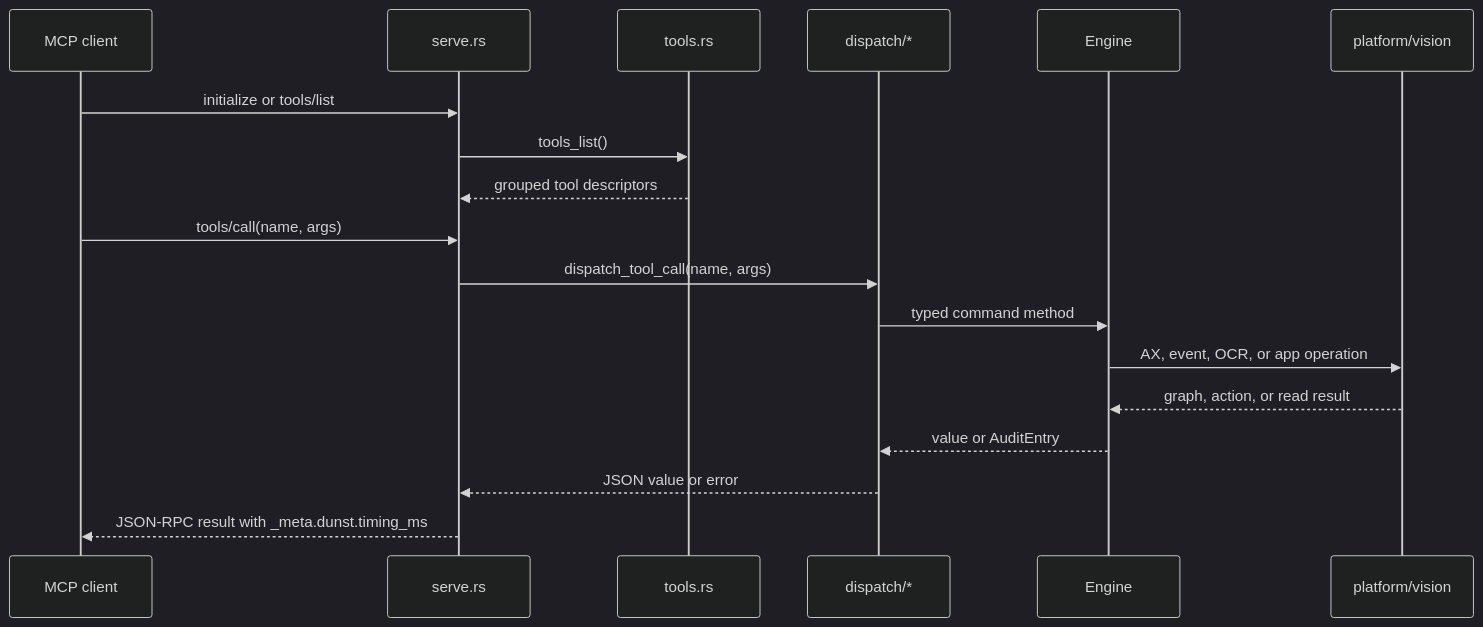
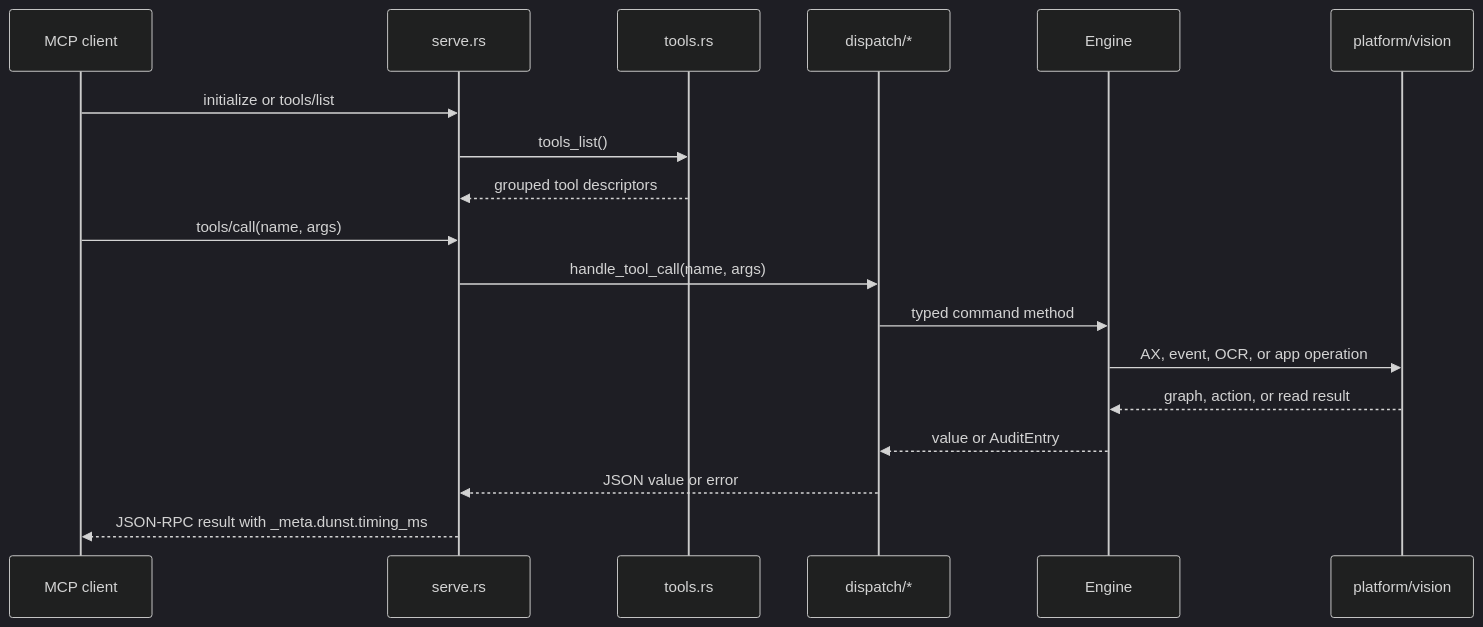
One commit to azerozero/dunst changed the second of 3 diagrams in docs/CODE_NAVIGATION.md. Above: the diagram before and after it, drawn with Mermaid (dark theme). The commit also changed other lines of this file and 55 other files, not shown here.

````diff
--- a/docs/CODE_NAVIGATION.md
+++ b/docs/CODE_NAVIGATION.md
@@ -50,21 +50,21 @@
 ```mermaid
 sequenceDiagram
     participant Client as MCP client
     participant Serve as serve.rs
     participant Catalog as tools.rs
     participant Dispatch as dispatch/*
     participant Engine as Engine
     participant Backend as platform/vision
 
     Client->>Serve: initialize or tools/list
     Serve->>Catalog: tools_list()
     Catalog-->>Serve: grouped tool descriptors
     Client->>Serve: tools/call(name, args)
-    Serve->>Dispatch: dispatch_tool_call(name, args)
+    Serve->>Dispatch: handle_tool_call(name, args)
     Dispatch->>Engine: typed command method
     Engine->>Backend: AX, event, OCR, or app operation
     Backend-->>Engine: graph, action, or read result
     Engine-->>Dispatch: value or AuditEntry
     Dispatch-->>Serve: JSON value or error
     Serve-->>Client: JSON-RPC result with _meta.dunst.timing_ms
 ```
````
